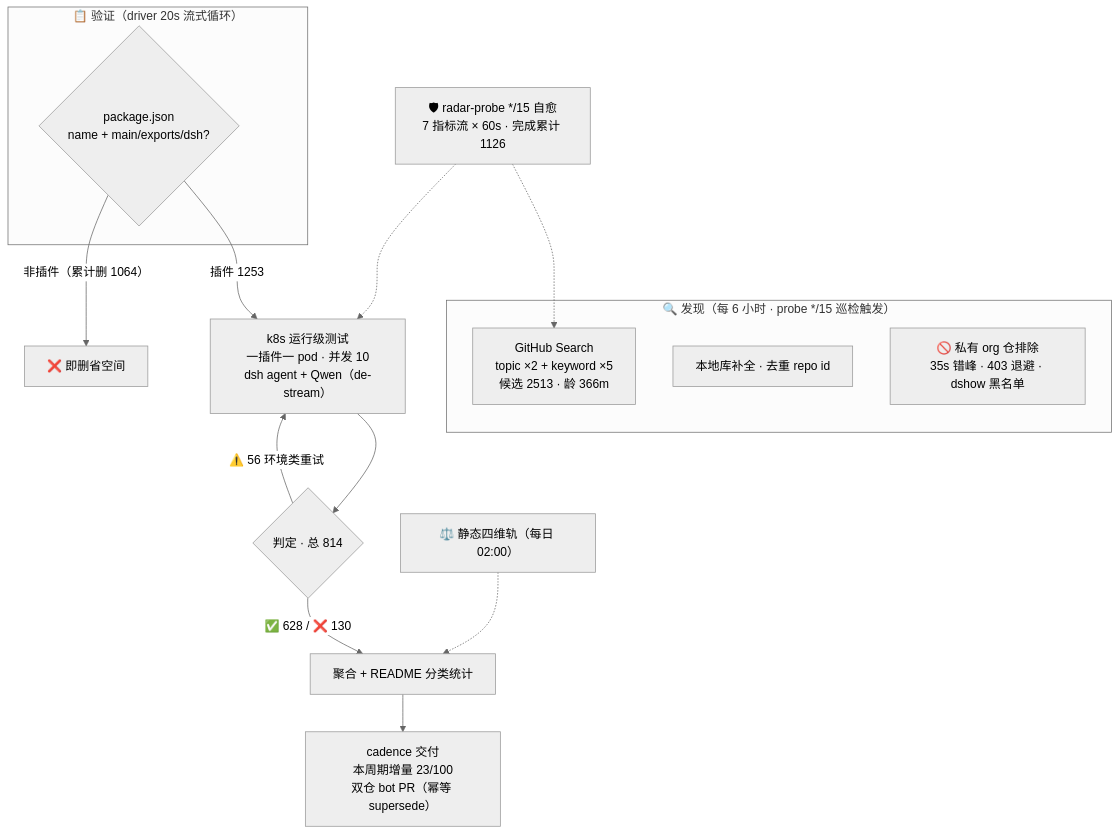
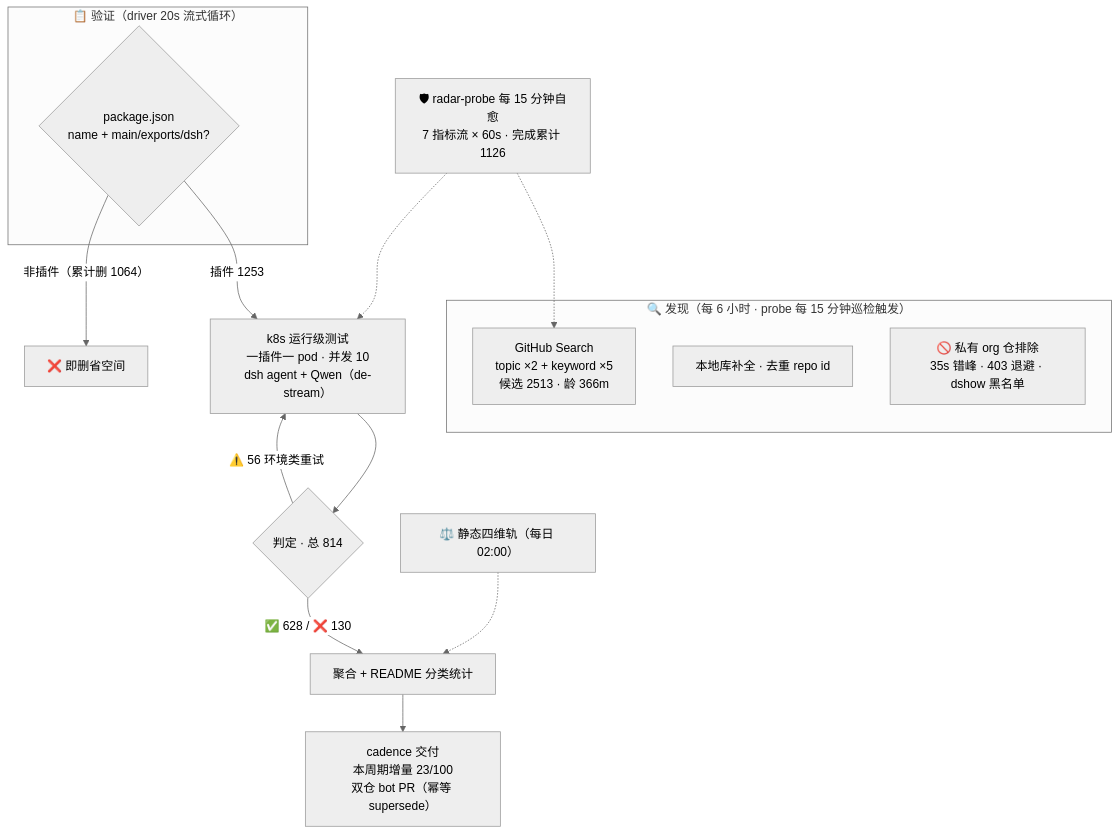
One commit to AdamPlatin123/awesome-dsh-plugins changed the diagram in README.md. Above: the diagram before and after it, drawn with Mermaid (neutral theme).

Commit message:
fix: mermaid 图移除 */15 cron 序列——GitHub 渲染管线对 */ 崩溃（Cannot read properties of undefined），改为文字描述每 15 分钟

````diff
--- a/README.md
+++ b/README.md
@@ -30,20 +30,20 @@
 ```mermaid
 flowchart TB
-    subgraph Discovery["🔍 发现（每 6 小时 · probe */15 巡检触发）"]
+    subgraph Discovery["🔍 发现（每 6 小时 · probe 每 15 分钟巡检触发）"]
         A1["GitHub Search<br/>topic ×2 + keyword ×5<br/>候选 2513 · 龄 366m"]
         A2["本地库补全 · 去重 repo id"]
         A3["🚫 私有 org 仓排除<br/>35s 错峰 · 403 退避 · dshow 黑名单"]
     end
     subgraph Validation["📋 验证（driver 20s 流式循环）"]
         B1{"package.json<br/>name + main/exports/dsh?"}
     end
     B1 -->|"插件 1253"| C1["k8s 运行级测试<br/>一插件一 pod · 并发 10<br/>dsh agent + Qwen（de-stream）"]
     B1 -->|"非插件（累计删 1064）"| B3["❌ 即删省空间"]
     C1 --> D1{"判定 · 总 814"}
     D1 -->|"✅ 628 / ❌ 130"| E1["聚合 + README 分类统计"]
     D1 -->|"⚠️ 56 环境类重试"| C1
     E1 --> E2["cadence 交付<br/>本周期增量 23/100<br/>双仓 bot PR（幂等 supersede）"]
     S["⚖️ 静态四维轨（每日 02:00）"] -.-> E1
-    M["🛡 radar-probe */15 自愈<br/>7 指标流 × 60s · 完成累计 1126"] -.-> A1
+    M["🛡 radar-probe 每 15 分钟自愈<br/>7 指标流 × 60s · 完成累计 1126"] -.-> A1
     M -.-> C1
 ```
````
